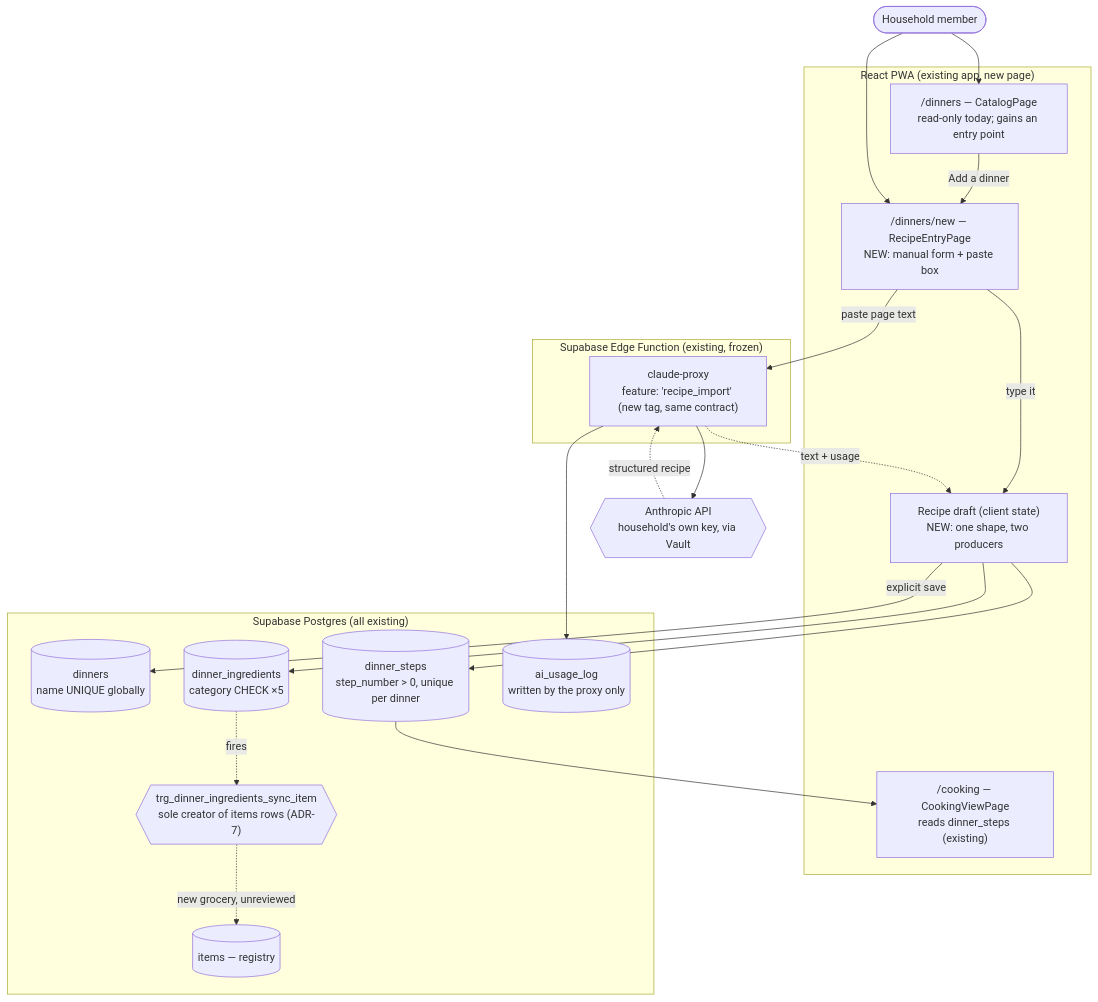
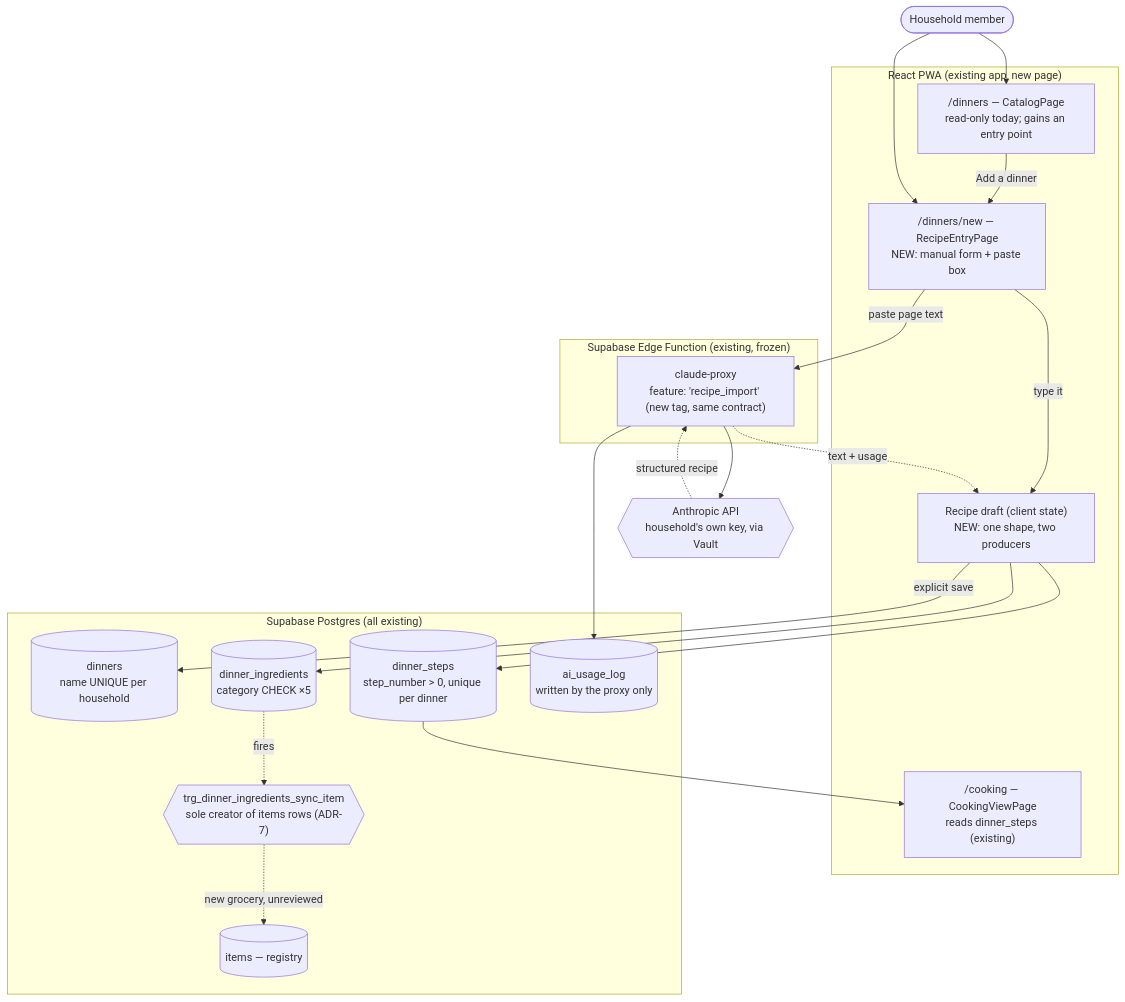
One commit to platform6/dinner_ideas changed the diagram in memory-bank/intents/014-recipe-entry/system-context.md. Above: the diagram before and after it, drawn with Mermaid. The commit also changed other lines of this file and 11 other files, not shown here.

````diff
--- a/memory-bank/intents/014-recipe-entry/system-context.md
+++ b/memory-bank/intents/014-recipe-entry/system-context.md
@@ -30,42 +30,42 @@
 ```mermaid
 flowchart TB
     user([Household member])
 
     subgraph pwa["React PWA (existing app, new page)"]
         catalog["/dinners — CatalogPage<br/>read-only today; gains an entry point"]
         entry["/dinners/new — RecipeEntryPage<br/>NEW: manual form + paste box"]
         draft["Recipe draft (client state)<br/>NEW: one shape, two producers"]
         cook["/cooking — CookingViewPage<br/>reads dinner_steps (existing)"]
     end
 
     subgraph edge["Supabase Edge Function (existing, frozen)"]
         proxy["claude-proxy<br/>feature: 'recipe_import' (new tag, same contract)"]
     end
 
     subgraph db["Supabase Postgres (all existing)"]
-        dinners[("dinners<br/>name UNIQUE globally")]
+        dinners[("dinners<br/>name UNIQUE per household")]
         ing[("dinner_ingredients<br/>category CHECK ×5")]
         steps[("dinner_steps<br/>step_number > 0, unique per dinner")]
         items[("items — registry")]
         trg{{"trg_dinner_ingredients_sync_item<br/>sole creator of items rows (ADR-7)"}}
         log[("ai_usage_log<br/>written by the proxy only")]
     end
 
     anthropic{{"Anthropic API<br/>household's own key, via Vault"}}
 
     user --> catalog
     catalog -->|"Add a dinner"| entry
     user --> entry
     entry -->|"type it"| draft
     entry -->|"paste page text"| proxy
     proxy --> anthropic
     anthropic -.->|structured recipe| proxy
     proxy -.->|"text + usage"| draft
     proxy --> log
     draft -->|"explicit save"| dinners
     draft --> ing
     draft --> steps
     ing -.->|fires| trg
     trg -.->|"new grocery, unreviewed"| items
     steps --> cook
 ```
````
